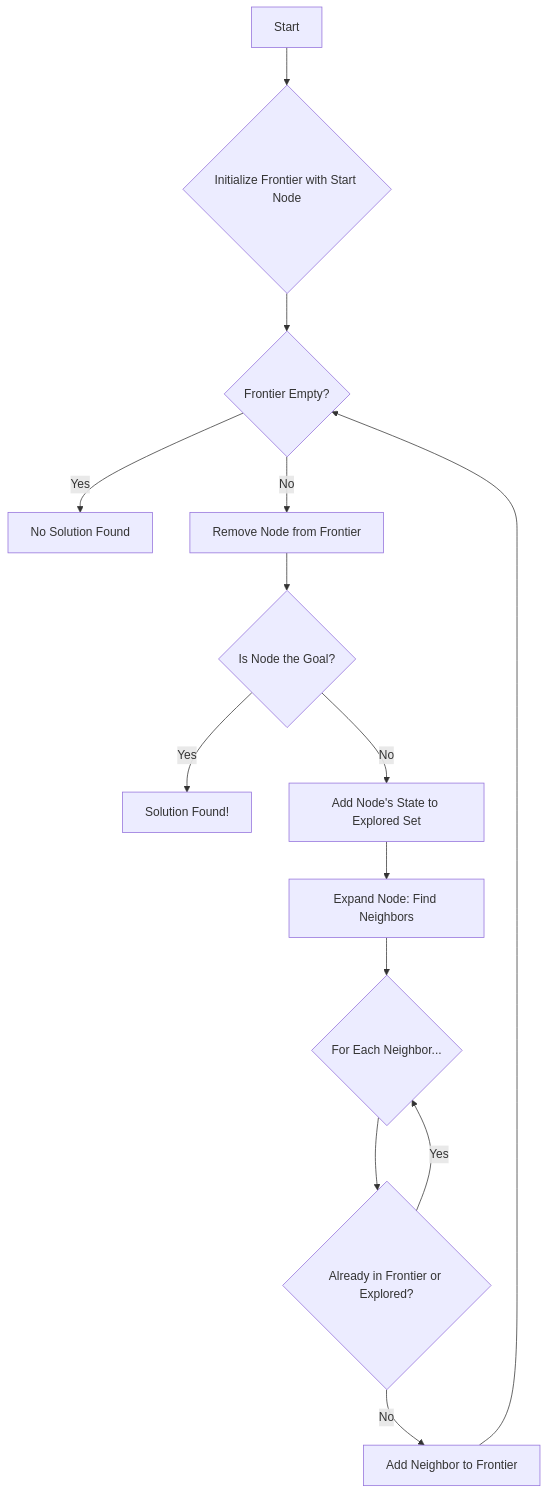
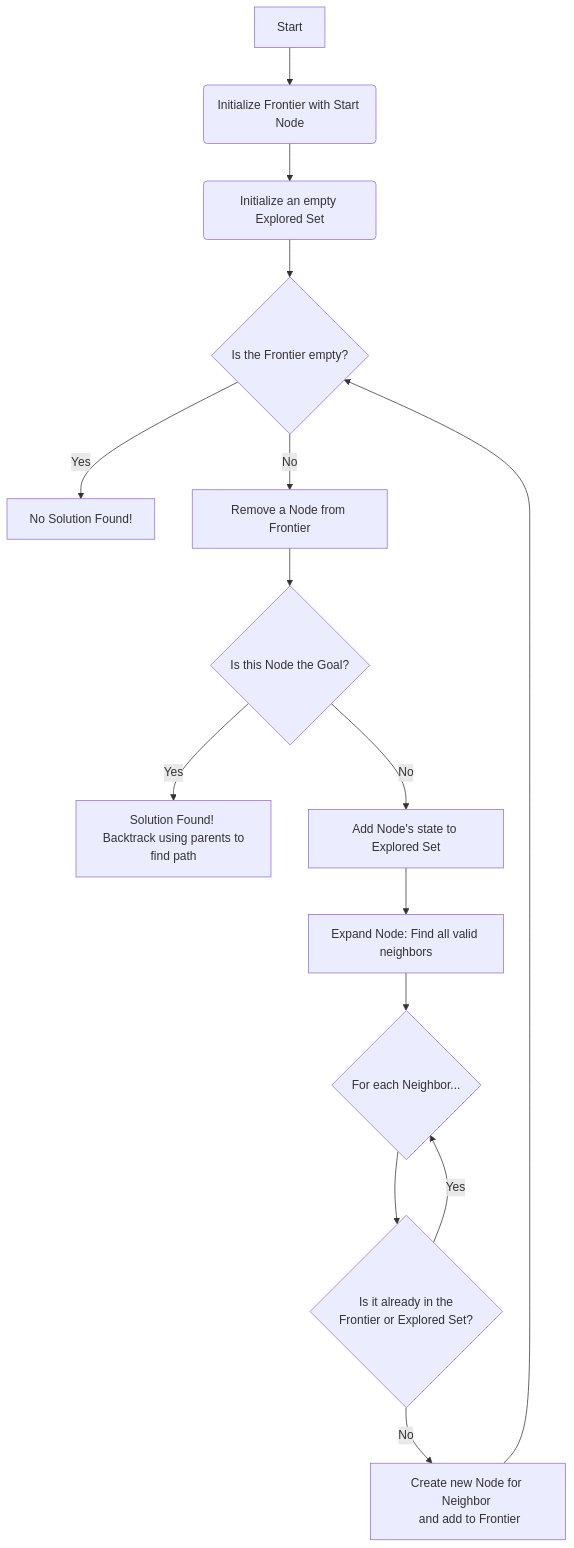
Before and after one commit to eltay89/eltay89.github.io: the first of 4 diagrams in _posts/2025-08-08-ai-search-algorithms-a-z.md, drawn with Mermaid. The commit also changed other lines of this file, not shown here.

````diff
--- a/_posts/2025-08-08-ai-search-algorithms-a-z.md
+++ b/_posts/2025-08-08-ai-search-algorithms-a-z.md
@@ -59,16 +64,17 @@
 ```mermaid
 graph TD
-    A[Start] --> B{Initialize Frontier with Start Node};
-    B --> C{Frontier Empty?};
-    C -- Yes --> D[No Solution Found];
-    C -- No --> E[Remove Node from Frontier];
-    E --> F{Is Node the Goal?};
-    F -- Yes --> G[Solution Found!];
-    F -- No --> H[Add Node's State to Explored Set];
-    H --> I[Expand Node: Find Neighbors];
-    I --> J{For Each Neighbor...};
-    J --> K{Already in Frontier or Explored?};
-    K -- No --> L[Add Neighbor to Frontier];
-    K -- Yes --> J;
-    L --> C;
+    A[Start] --> B(Initialize Frontier with Start Node);
+    B --> C(Initialize an empty Explored Set);
+    C --> D{Is the Frontier empty?};
+    D -- Yes --> E[No Solution Found!];
+    D -- No --> F[Remove a Node from Frontier];
+    F --> G{Is this Node the Goal?};
+    G -- Yes --> H[Solution Found! <br> Backtrack using parents to find path];
+    G -- No --> I[Add Node's state to Explored Set];
+    I --> J[Expand Node: Find all valid neighbors];
+    J --> K{For each Neighbor...};
+    K --> L{Is it already in the <br> Frontier or Explored Set?};
+    L -- No --> M[Create new Node for Neighbor <br> and add to Frontier];
+    L -- Yes --> K;
+    M --> D;
 ```
````
